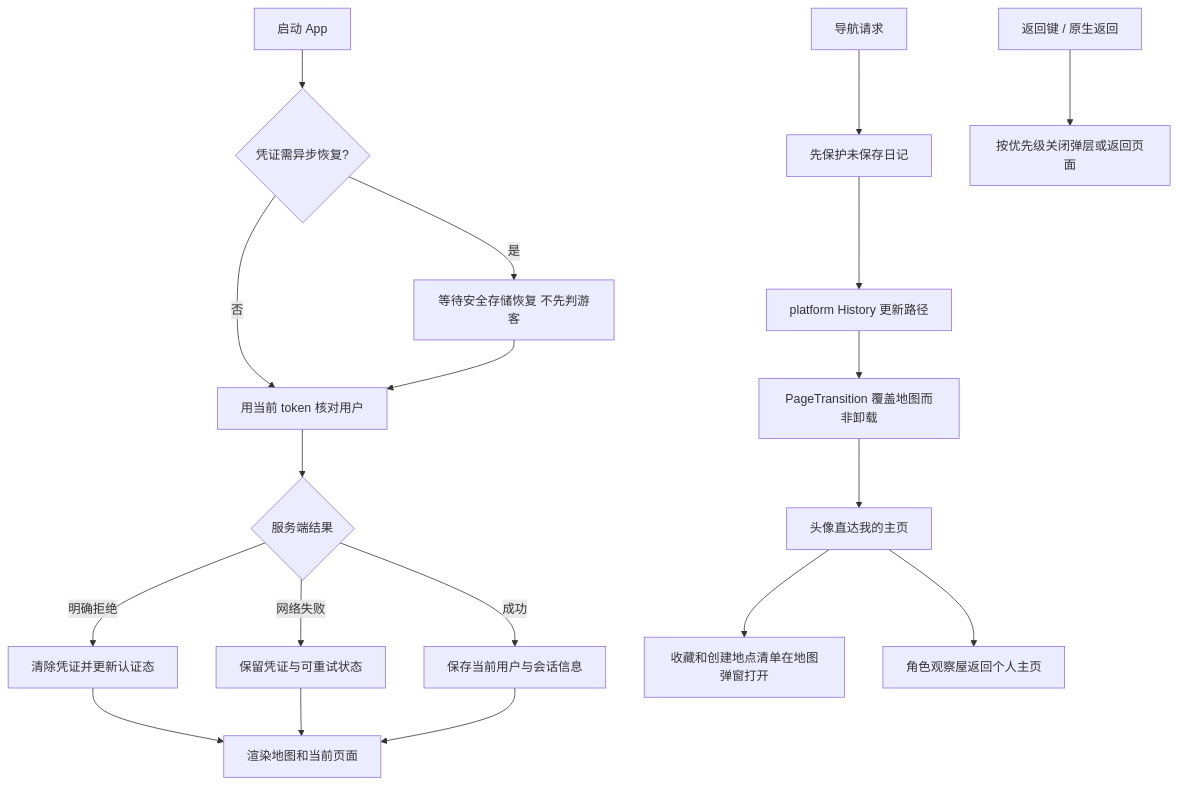
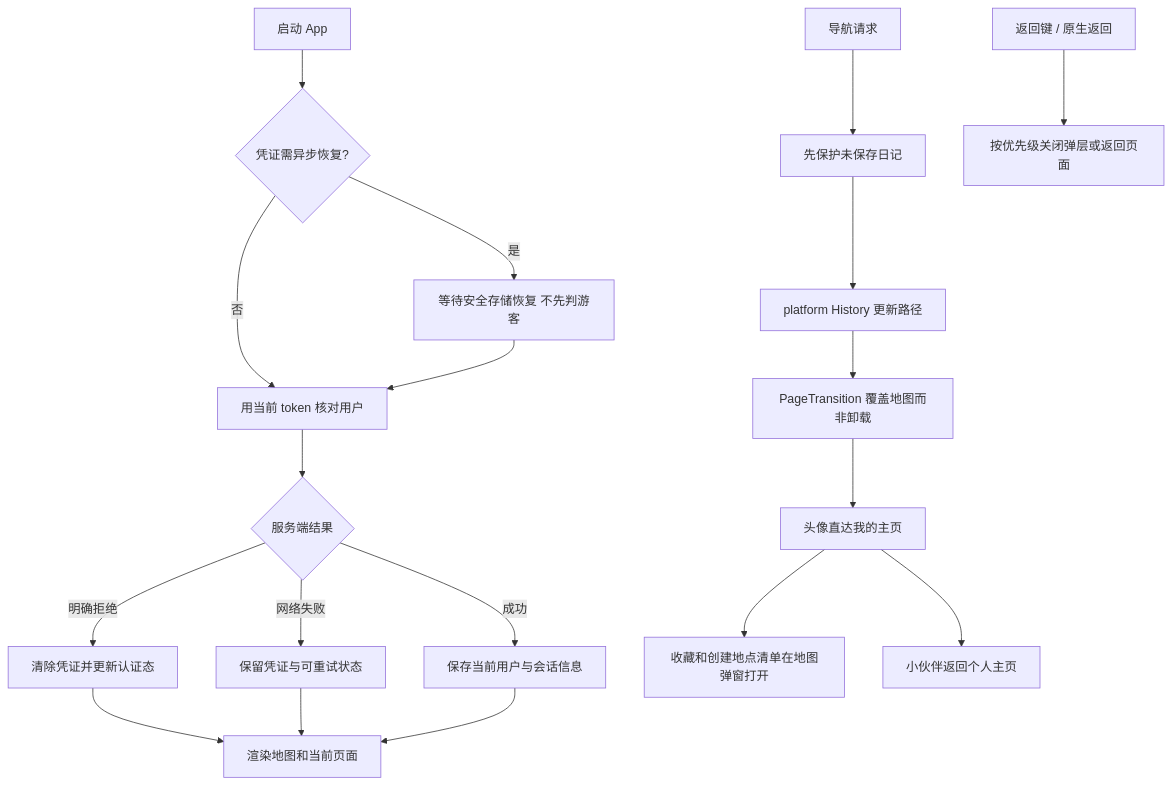
The diagram in frontend/src/app/doc/README.md (DinnerpartyFoodMap/dinnerparty_community), drawn with Mermaid before and after one commit. The commit also changed 117 other files, not shown here.

````diff
--- a/frontend/src/app/doc/README.md
+++ b/frontend/src/app/doc/README.md
@@ -5,21 +5,21 @@
 ```mermaid
 flowchart TD
     Start[启动 App] --> Restore{凭证需异步恢复?}
     Restore -->|是| Wait[等待安全存储恢复 不先判游客]
     Restore -->|否| Check[用当前 token 核对用户]
     Wait --> Check
     Check --> Response{服务端结果}
     Response -->|明确拒绝| Clear[清除凭证并更新认证态]
     Response -->|网络失败| Keep[保留凭证与可重试状态]
     Response -->|成功| User[保存当前用户与会话信息]
     Clear --> Render[渲染地图和当前页面]
     Keep --> Render
     User --> Render
     Navigate[导航请求] --> Leave[先保护未保存日记]
     Leave --> History[platform History 更新路径]
     History --> Page[PageTransition 覆盖地图而非卸载]
     Back[返回键 / 原生返回] --> Stack[按优先级关闭弹层或返回页面]
     Page --> Profile[头像直达我的主页]
     Profile --> MapList[收藏和创建地点清单在地图弹窗打开]
-    Profile --> Companion[角色观察屋返回个人主页]
+    Profile --> Companion[小伙伴返回个人主页]
 ```
````
